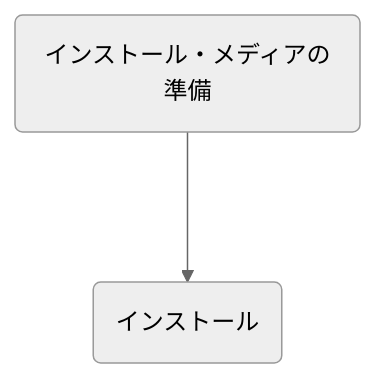
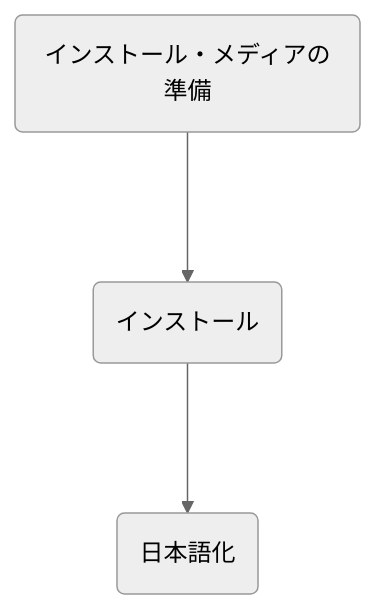
The diagram in linux-install-01.md (hobby-pc2026/linux-install), drawn with Mermaid (neutral theme) before and after one commit.

````diff
--- a/linux-install-01.md
+++ b/linux-install-01.md
@@ -3,12 +3,14 @@
 ```mermaid
 flowchart TD
 
 A(インストール・メディアの準備)
 --->
 B(インストール)
+--->
+C(日本語化)
 
 
 
 
 
 ```
````
